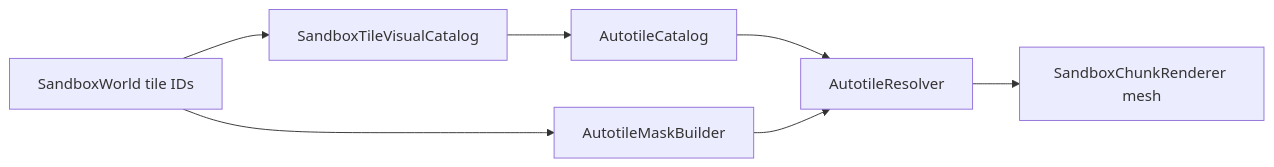
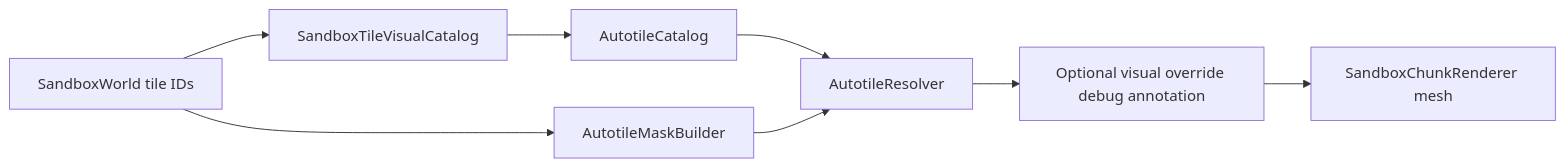
Before and after one commit to synthet/project-twelve: the first of 2 diagrams in docs/wiki/visual-integration.md, drawn with Mermaid. The commit also changed other lines of this file and 3 other files, not shown here.

Commit message:
docs: document visual override debug mode

````diff
--- a/docs/wiki/visual-integration.md
+++ b/docs/wiki/visual-integration.md
@@ -71,16 +71,18 @@
 ```mermaid
 flowchart LR
   World[SandboxWorld tile IDs]
   Catalog[SandboxTileVisualCatalog]
   AC[AutotileCatalog]
   Mask[AutotileMaskBuilder]
   Resolver[AutotileResolver]
+  Override[Optional visual override debug annotation]
   Renderer[SandboxChunkRenderer mesh]
 
   World --> Catalog
   Catalog --> AC
   World --> Mask
   AC --> Resolver
   Mask --> Resolver
-  Resolver --> Renderer
+  Resolver --> Override
+  Override --> Renderer
 ```
````
